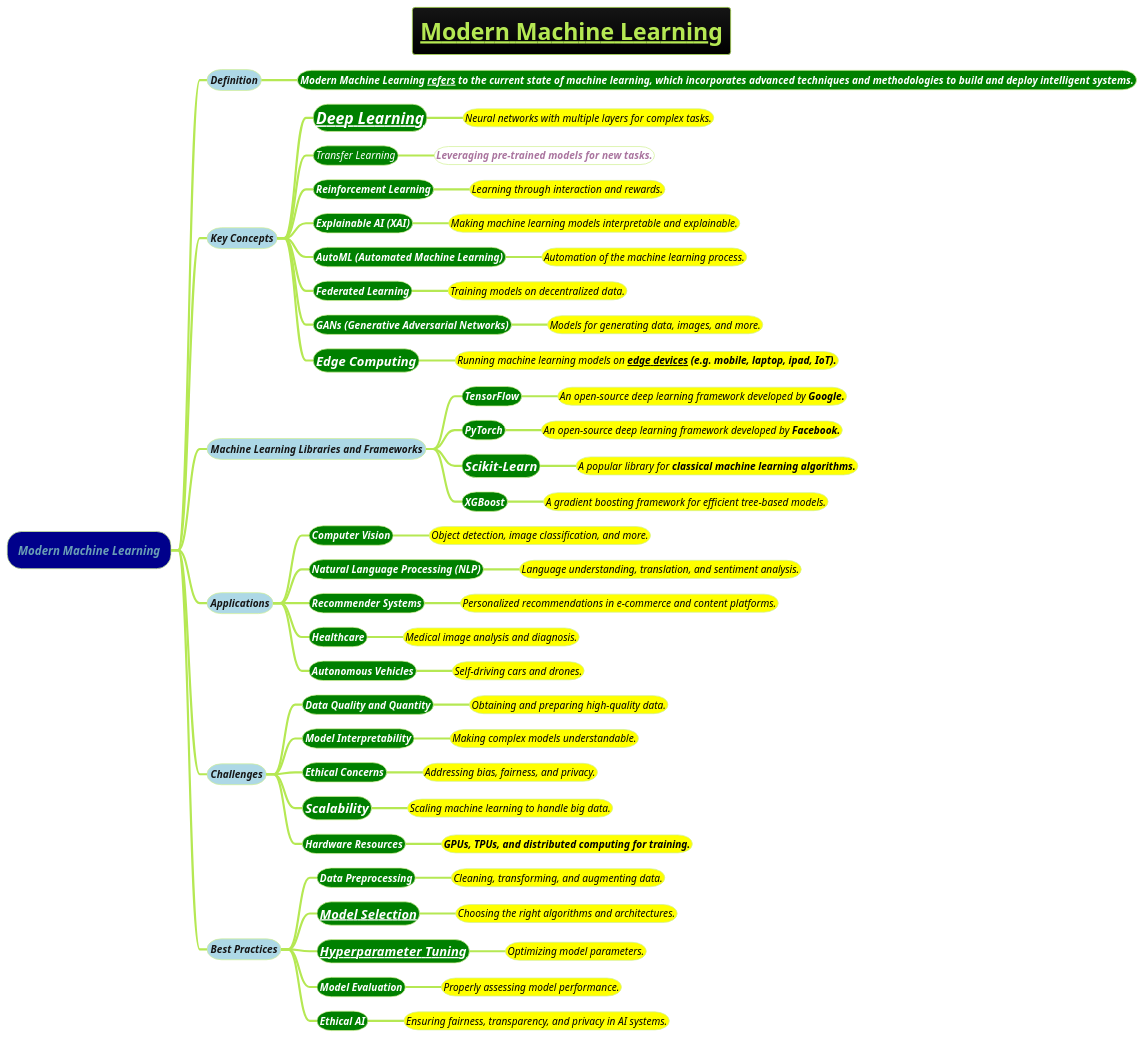
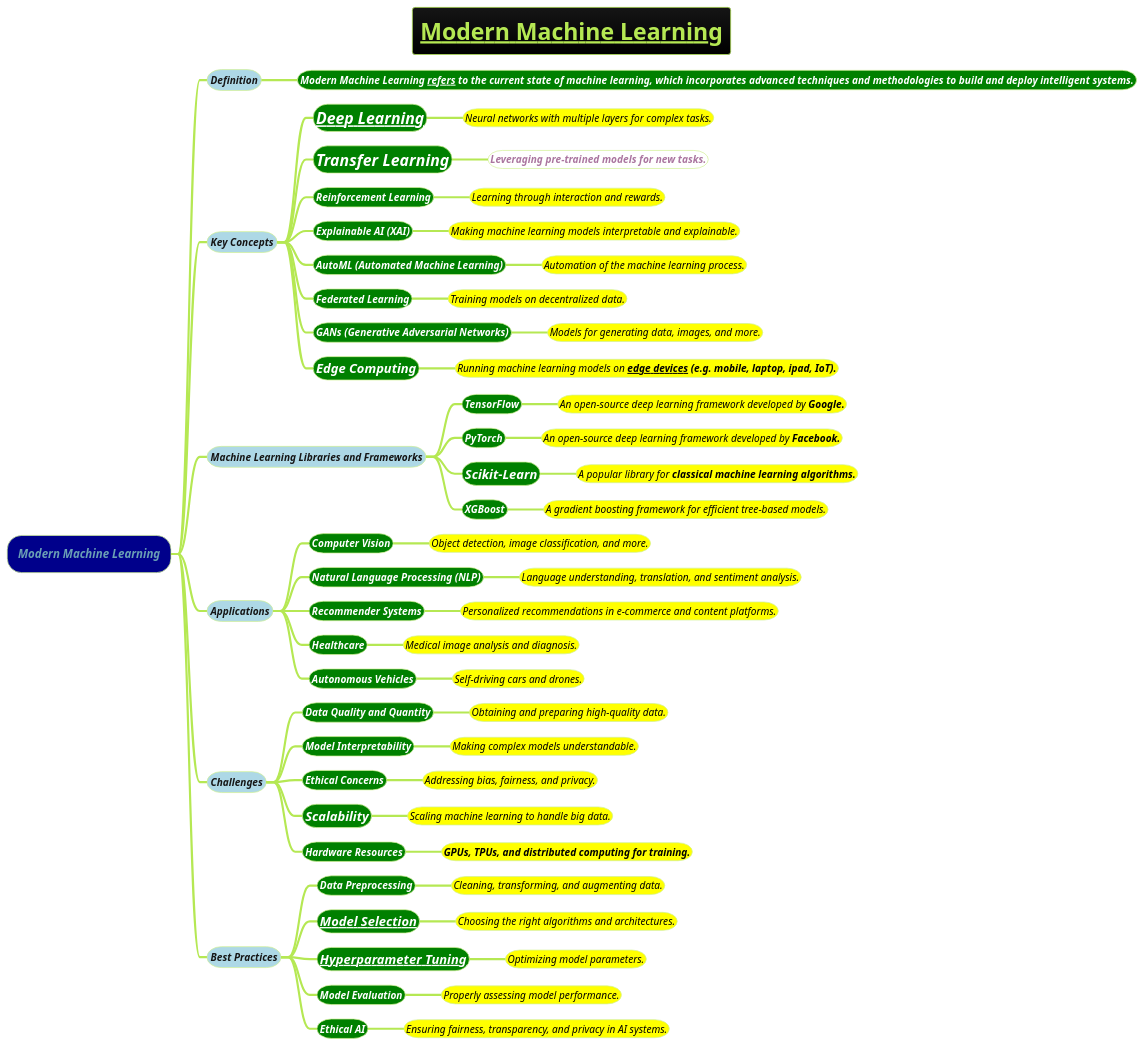
Before and after one commit to MehmoodHashmi/Documentation-as-Code-DaC: the diagram in docs/AI-ML- DL-Data-Science-and-BigData/machine-learning-ML/Modern-Machine-Learning.puml, drawn with PlantUML. The commit also changed 3 other files, not shown here.

```diff
--- a/docs/AI-ML- DL-Data-Science-and-BigData/machine-learning-ML/Modern-Machine-Learning.puml
+++ b/docs/AI-ML- DL-Data-Science-and-BigData/machine-learning-ML/Modern-Machine-Learning.puml
@@ -1,73 +1,73 @@
 @startmindmap
 title =**__Modern Machine Learning__**
 !theme hacker
 
 *[#darkblue] <i>Modern Machine Learning
 **[#lightblue] <size:14><i>Definition
 ***[#green] <b><color #white><i><size:14><i><size:14>**Modern Machine Learning** __refers__ to the **current state of machine learning,** which incorporates **advanced techniques and methodologies to build and deploy intelligent systems.**
 
 **[#lightblue] <size:14><i>Key Concepts
 ***[#green] <size:22><color #white><i>**[[3-deep-learning-DL/Deep-Learning.puml Deep Learning]]**
 ****[#yellow] <color #black><i><size:14>Neural networks with multiple layers for complex tasks.
-***[#green] <i><size:14><color #white>Transfer Learning
+***[#green] <i><size:22><b><color #white>Transfer Learning
 ****[#white] <i><size:14>**Leveraging pre-trained models for new tasks.**
 ***[#green] <b><color #white><i><size:14>Reinforcement Learning
 ****[#yellow] <color #black><i><size:14>Learning through interaction and rewards.
 ***[#green] <b><color #white><i><size:14>Explainable AI **(XAI)**
 ****[#yellow] <color #black><i><size:14>Making machine learning models interpretable and explainable.
 ***[#green] <b><color #white><i><size:14>AutoML **(Automated Machine Learning)**
 ****[#yellow] <color #black><i><size:14>Automation of the machine learning process.
 ***[#green] <b><color #white><i><size:14>Federated Learning
 ****[#yellow] <color #black><i><size:14>Training models on decentralized data.
 ***[#green] <b><color #white><i><size:14>GANs **(Generative Adversarial Networks)**
 ****[#yellow] <color #black><i><size:14>Models for generating data, images, and more.
 ***[#green] <size:18><color #white><i>**Edge Computing**
 ****[#yellow] <color #black><i><size:14>Running machine learning models on __**edge devices**__ **(e.g. mobile, laptop, ipad, IoT).**
 
 **[#lightblue] <size:14><i>Machine Learning Libraries and Frameworks
 ***[#green] <b><color #white><i><size:14>TensorFlow
 ****[#yellow] <color #black><i><size:14>An open-source deep learning framework developed by **Google.**
 ***[#green] <b><color #white><i><size:14>PyTorch
 ****[#yellow] <color #black><i><size:14>An open-source deep learning framework developed by **Facebook.**
 ***[#green] <size:18><color #white><i>**Scikit-Learn**
 ****[#yellow] <color #black><i><size:14>A popular library for **classical machine learning algorithms.**
 ***[#green] <b><color #white><i><size:14>XGBoost
 ****[#yellow] <color #black><i><size:14>A gradient boosting framework for efficient tree-based models.
 
 **[#lightblue] <size:14><i>Applications
 ***[#green] <b><color #white><i><size:14>Computer Vision
 ****[#yellow] <color #black><i><size:14>Object detection, image classification, and more.
 ***[#green] <b><color #white><i><size:14>Natural Language Processing **(NLP)**
 ****[#yellow] <color #black><i><size:14>Language understanding, translation, and sentiment analysis.
 ***[#green] <b><color #white><i><size:14>Recommender Systems
 ****[#yellow] <color #black><i><size:14>Personalized recommendations in e-commerce and content platforms.
 ***[#green] <b><color #white><i><size:14>Healthcare
 ****[#yellow] <color #black><i><size:14>Medical image analysis and diagnosis.
 ***[#green] <b><color #white><i><size:14>Autonomous Vehicles
 ****[#yellow] <color #black><i><size:14>Self-driving cars and drones.
 
 **[#lightblue] <size:14><i>Challenges
 ***[#green] <b><color #white><i><size:14>Data Quality and Quantity
 ****[#yellow] <color #black><i><size:14>Obtaining and preparing high-quality data.
 ***[#green] <b><color #white><i><size:14>Model Interpretability
 ****[#yellow] <color #black><i><size:14>Making complex models understandable.
 ***[#green] <b><color #white><i><size:14>Ethical Concerns
 ****[#yellow] <color #black><i><size:14>Addressing bias, fairness, and privacy.
 ***[#green] <size:18><color #white><i>**Scalability**
 ****[#yellow] <color #black><i><size:14>Scaling machine learning to handle big data.
 ***[#green] <b><color #white><i><size:14>Hardware Resources
 ****[#yellow] <color #black><i><size:14>**GPUs, TPUs, and distributed computing for training.**
 
 **[#lightblue] <size:14><i>Best Practices
 ***[#green] <b><size:14><color #white><i>**Data Preprocessing**
 ****[#yellow] <color #black><i><size:14>Cleaning, transforming, and augmenting data.
 ***[#green] <i><size:18>**[[3-deep-learning-DL/how-to/Criteria-to-Select-a-Network-Architecture.puml Model Selection]]**
 ****[#yellow] <color #black><i><size:14>Choosing the right algorithms and architectures.
 ***[#green] <i><size:18>**[[3-deep-learning-DL/Hyperparameter-Tuning.puml Hyperparameter Tuning]]**
 ****[#yellow] <color #black><i><size:14>Optimizing model parameters.
 ***[#green] <b><color #white><i><size:14>Model Evaluation
 ****[#yellow] <color #black><i><size:14>Properly assessing model performance.
 ***[#green] <b><color #white><i><size:14>Ethical AI
 ****[#yellow] <color #black><i><size:14>Ensuring fairness, transparency, and privacy in AI systems.
 
 @endmindmap
```
